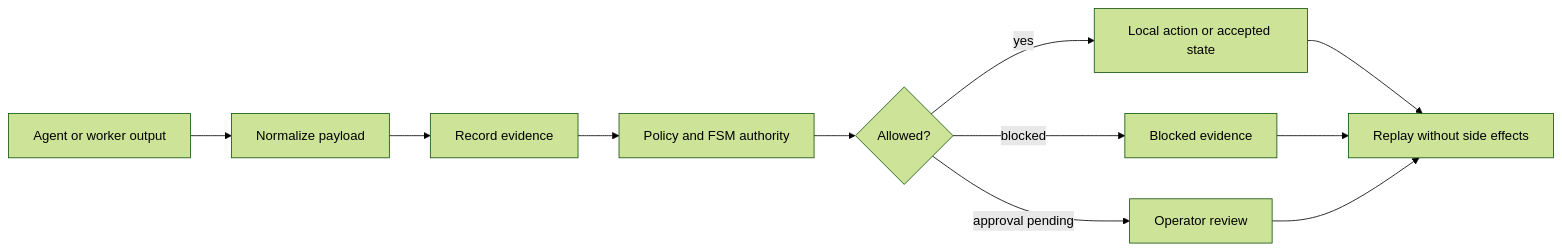
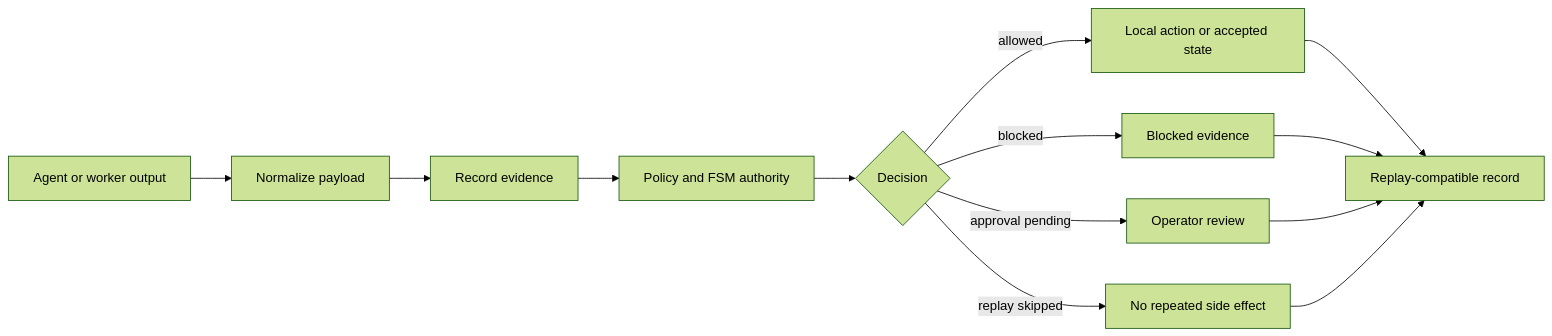
Before and after one commit to web5labs/Quant-M: the first of 2 diagrams in README.md, drawn with Mermaid (forest theme). The commit also changed other lines of this file, not shown here.

````diff
--- a/README.md
+++ b/README.md
@@ -112,13 +234,15 @@
 ```mermaid
 flowchart LR
     A[Agent or worker output] --> B[Normalize payload]
     B --> C[Record evidence]
     C --> D[Policy and FSM authority]
-    D --> E{Allowed?}
-    E -->|yes| F[Local action or accepted state]
+    D --> E{Decision}
+    E -->|allowed| F[Local action or accepted state]
     E -->|blocked| G[Blocked evidence]
     E -->|approval pending| H[Operator review]
-    F --> I[Replay without side effects]
-    G --> I
-    H --> I
+    E -->|replay skipped| I[No repeated side effect]
+    F --> J[Replay-compatible record]
+    G --> J
+    H --> J
+    I --> J
 ```
````
